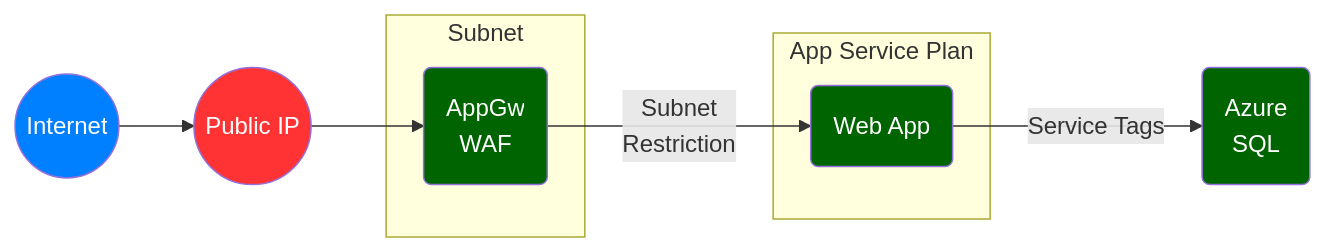
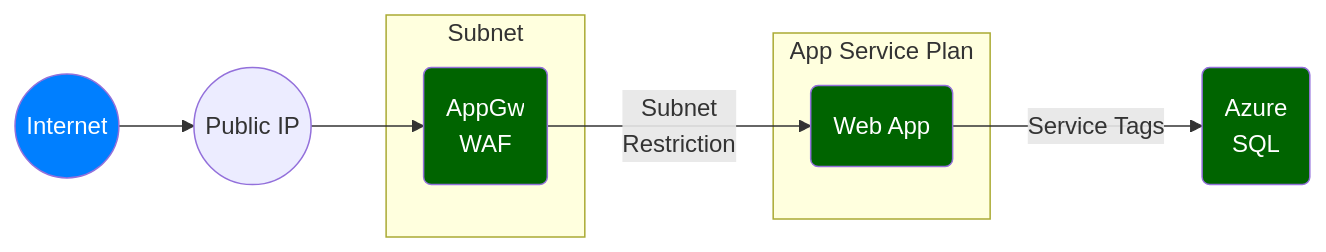
One commit to msalemor/app-services-networking changed the third of 7 diagrams in README.md. Above: the diagram before and after it, drawn with Mermaid. The commit also changed other lines of this file, not shown here.

````diff
--- a/README.md
+++ b/README.md
@@ -94,21 +94,20 @@
 ```mermaid
 graph LR;
   A((Internet))-->B((Public IP));
   B-->a2;
   subgraph "Subnet"
     a2(AppGw<br/>WAF);
   end
   a2--Subnet<br/>Restriction-->a1;
   subgraph "App Service Plan"
     a1(Web App)
   end
   a1-- Service Tags -->E(Azure<br/>SQL);
   classDef internet fill:#007FFF,color:white;
   classDef unsafe fill:#ff3333,color:white;
   classDef semisafe fill:darkorange,color:black;
   classDef safe fill:darkgreen,color:white;
   class A internet;
-  class B unsafe;
   class E semisafe;
   class C,a1,a2,E safe;
 ```
````
